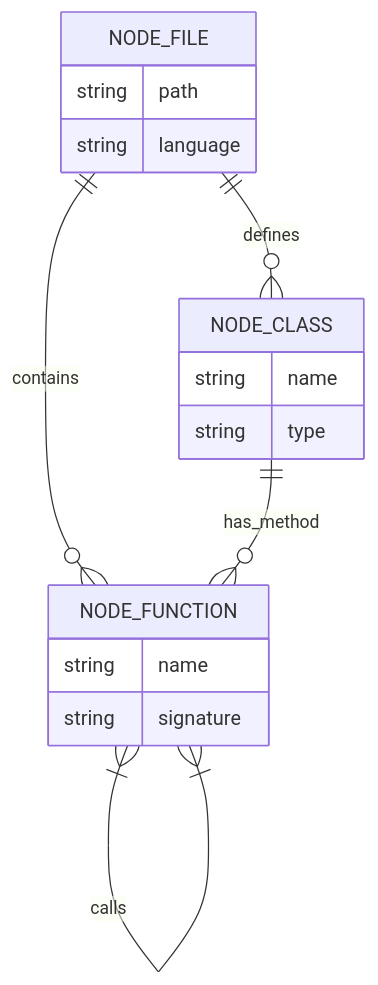
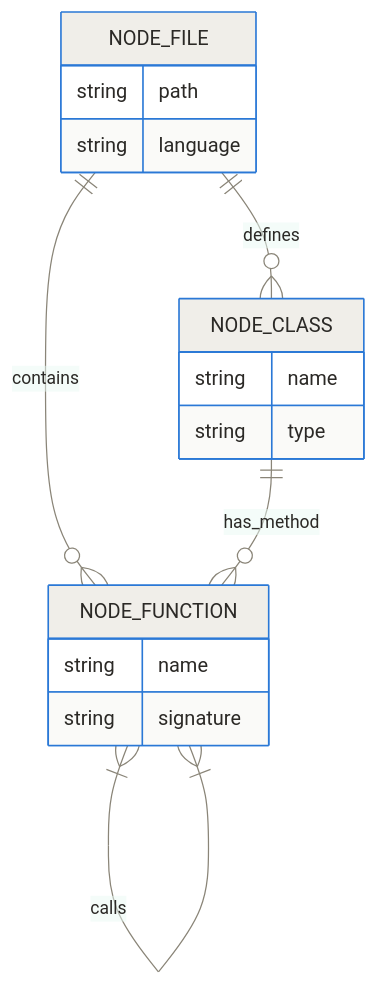
One commit to jjxxmiin/jjxxmiin.github.io changed the first of 7 diagrams in _posts/2026-07-05-Rewiring-the-Brain-of-AI-Coding-Agents-A-Deep-Dive-into-codebase-memory-mcp.md. Above: the diagram before and after it, drawn with Mermaid. The commit also changed other lines of this file and 2 other files, not shown here.

First line of the commit message:
Theme diagrams/charts with 2026 Color of the Year "Cloud Dancer" (#F0EEE9)

````diff
--- a/_posts/2026-07-05-Rewiring-the-Brain-of-AI-Coding-Agents-A-Deep-Dive-into-codebase-memory-mcp.md
+++ b/_posts/2026-07-05-Rewiring-the-Brain-of-AI-Coding-Agents-A-Deep-Dive-into-codebase-memory-mcp.md
@@ -50,19 +50,20 @@
 ```mermaid
+%%{init: {"theme":"base","themeVariables":{"primaryColor":"#F0EEE9","primaryBorderColor":"#2a78d6","primaryTextColor":"#2b2926","secondaryColor":"#e8f0fb","secondaryBorderColor":"#4a3aa7","secondaryTextColor":"#2b2926","tertiaryColor":"#eafaf3","tertiaryBorderColor":"#1baf7a","tertiaryTextColor":"#2b2926","lineColor":"#8a8578","textColor":"#2b2926","edgeLabelBackground":"#F0EEE9","noteBkgColor":"#F0EEE9","noteTextColor":"#2b2926","noteBorderColor":"#8a8578","clusterBkg":"#faf9f6","clusterBorder":"#d8d4c8","fontFamily":"Pretendard, sans-serif"}}}%%
 erDiagram
     NODE_FILE {
         string path
         string language
     }
     NODE_CLASS {
         string name
         string type
     }
     NODE_FUNCTION {
         string name
         string signature
     }
     NODE_FILE ||--o{ NODE_CLASS : "defines"
     NODE_FILE ||--o{ NODE_FUNCTION : "contains"
     NODE_CLASS ||--o{ NODE_FUNCTION : "has_method"
     NODE_FUNCTION }|--|{ NODE_FUNCTION : "calls"
 ```
````
